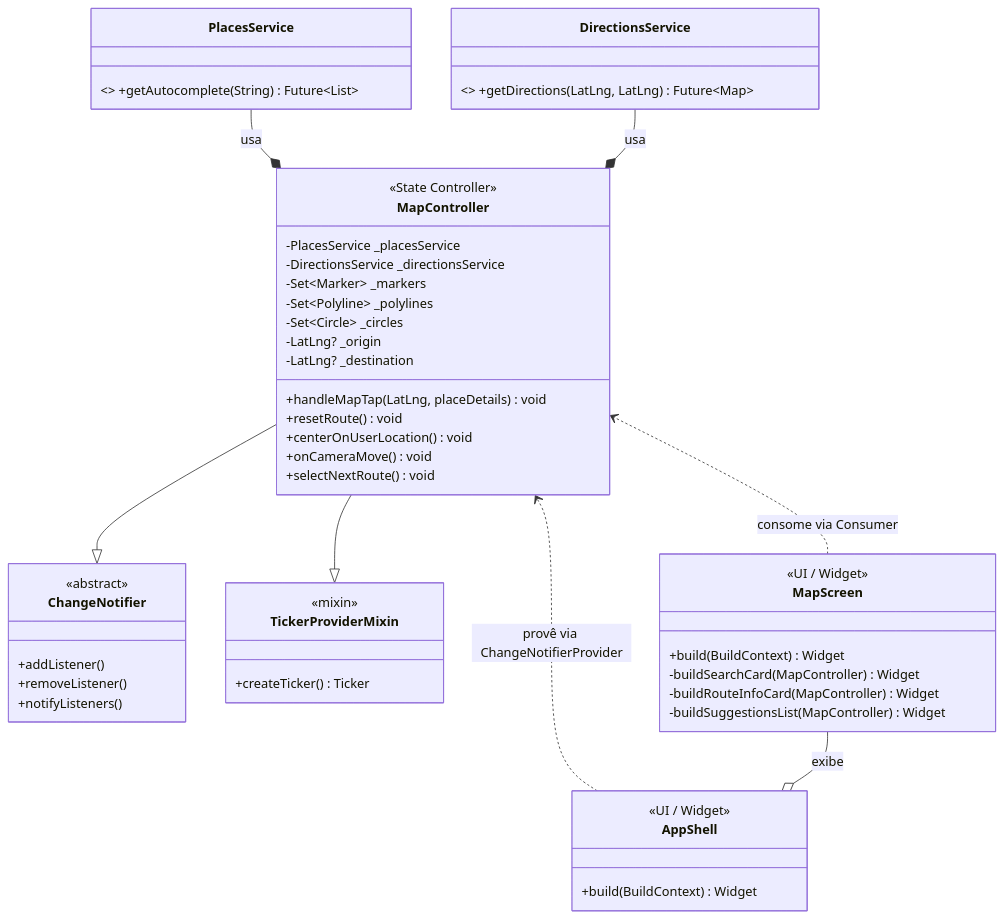
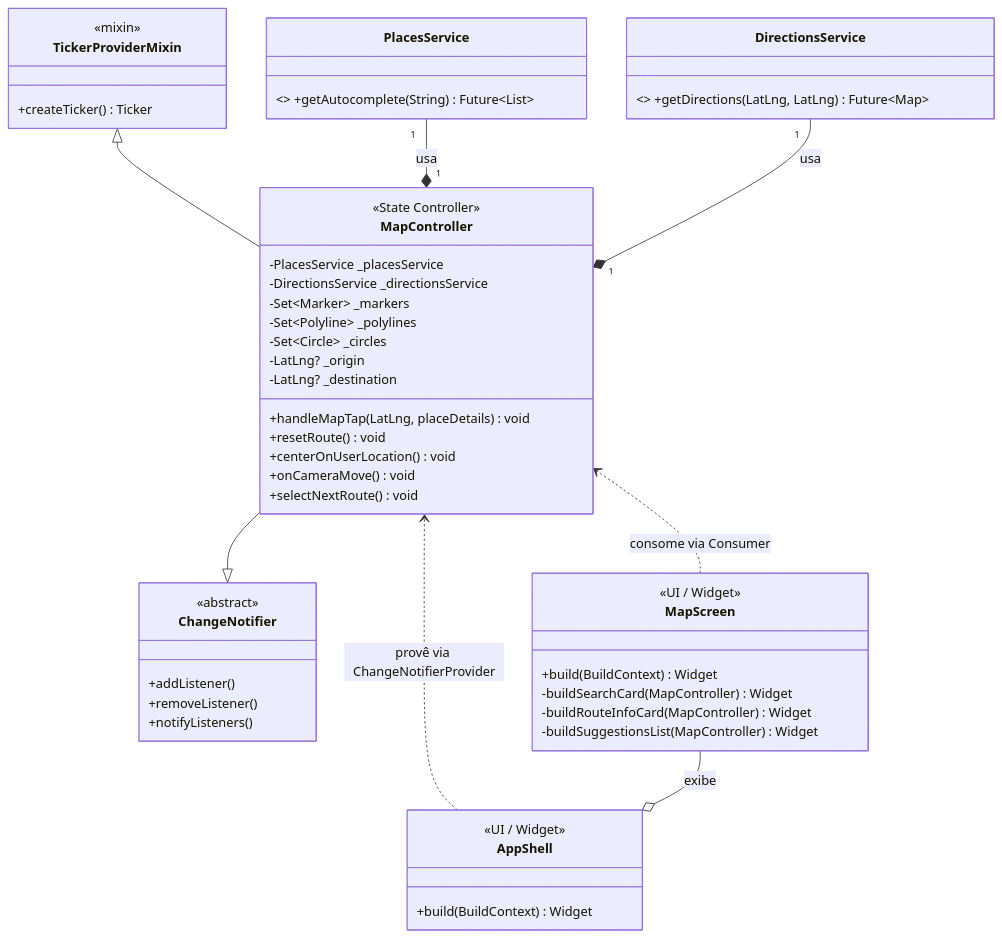
Before and after one commit to marcio-dev-fullstack/App-Bus: the fourth of 8 diagrams in DIAGRAMAS.md, drawn with Mermaid. The commit also changed 1 other file, not shown here.

Commit message:
Initial commit: Estrutura base do APP-BUS

````diff
--- a/DIAGRAMAS.md
+++ b/DIAGRAMAS.md
@@ -128,56 +128,56 @@
 ```mermaid
 classDiagram
     direction BT
 
     class ChangeNotifier {
         <<abstract>>
         +addListener()
         +removeListener()
         +notifyListeners()
     }
 
     class TickerProviderMixin {
         <<mixin>>
         +createTicker() Ticker
     }
 
     class MapController {
         <<State Controller>>
         -PlacesService _placesService
         -DirectionsService _directionsService
         -Set~Marker~ _markers
         -Set~Polyline~ _polylines
         -Set~Circle~ _circles
         -LatLng? _origin
         -LatLng? _destination
         +handleMapTap(LatLng, placeDetails) void
         +resetRoute() void
         +centerOnUserLocation() void
         +onCameraMove() void
         +selectNextRoute() void
     }
 
     class MapScreen {
         <<UI / Widget>>
         +build(BuildContext) Widget
         -buildSearchCard(MapController) Widget
         -buildRouteInfoCard(MapController) Widget
         -buildSuggestionsList(MapController) Widget
     }
 
     class AppShell {
         <<UI / Widget>>
         +build(BuildContext) Widget
     }
 
     class PlacesService { <<Service>> +getAutocomplete(String) Future~List~ }
     class DirectionsService { <<Service>> +getDirections(LatLng, LatLng) Future~Map~ }
 
     ChangeNotifier <|-- MapController
-    TickerProviderMixin <|-- MapController
+    MapController --|> TickerProviderMixin
     AppShell o-- MapScreen : exibe
     AppShell ..> MapController : provê via ChangeNotifierProvider
     MapScreen ..> MapController : consome via Consumer
-    MapController *-- PlacesService : usa
-    MapController *-- DirectionsService : usa
+    MapController "1" *-- "1" PlacesService : usa
+    MapController "1" *-- "1" DirectionsService : usa
 ```
````
